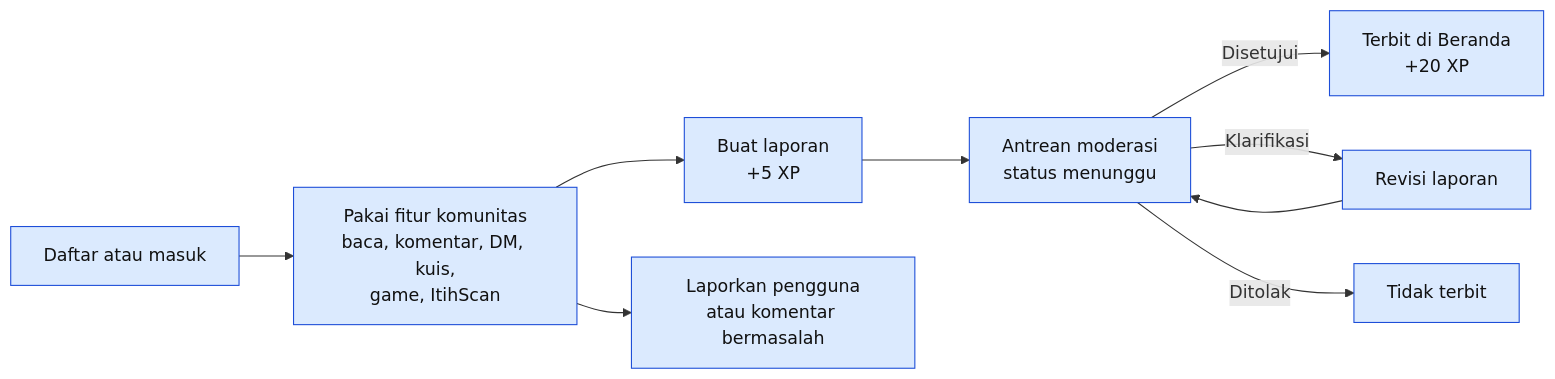
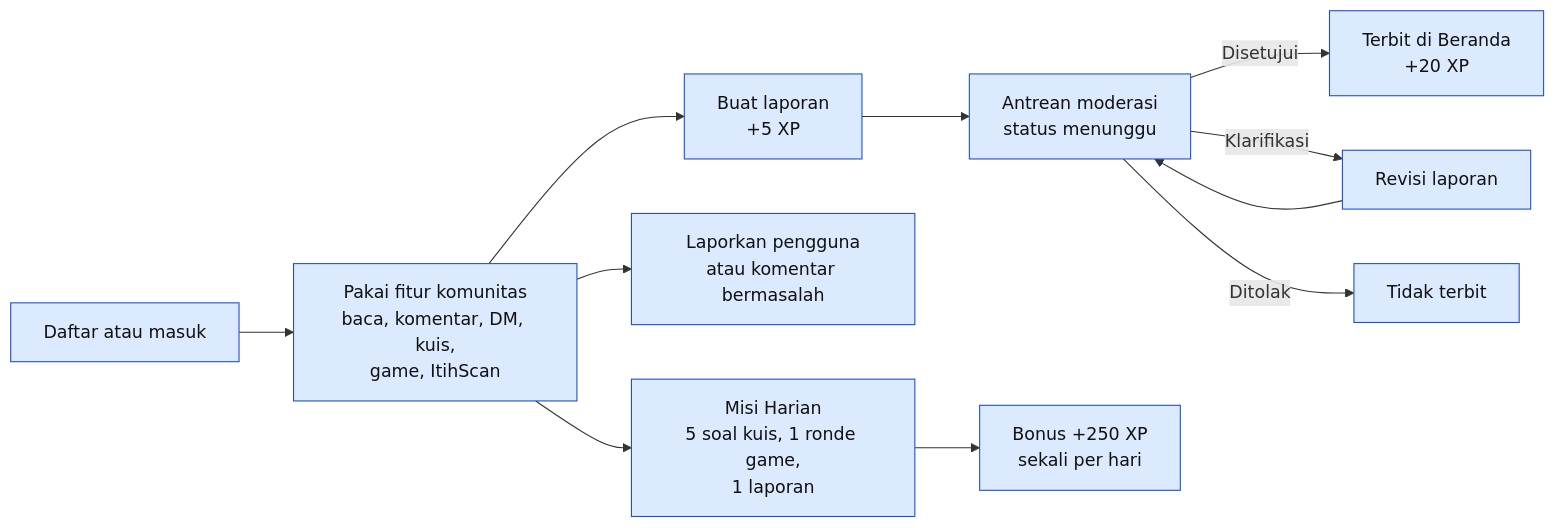
The fourth of 8 diagrams in README.md (ZaidAlHibb/ITIHIX), drawn with Mermaid before and after one commit. The commit also changed other lines of this file, not shown here.

````diff
--- a/README.md
+++ b/README.md
@@ -321,13 +369,15 @@
 ```mermaid
 flowchart LR
     A[Daftar atau masuk] --> B[Pakai fitur komunitas<br/>baca, komentar, DM, kuis,<br/>game, ItihScan]
     B --> C[Buat laporan<br/>+5 XP]
     C --> D[Antrean moderasi<br/>status menunggu]
     D -->|Disetujui| E[Terbit di Beranda<br/>+20 XP]
     D -->|Klarifikasi| F[Revisi laporan]
     F --> D
     D -->|Ditolak| G[Tidak terbit]
     B --> H[Laporkan pengguna<br/>atau komentar bermasalah]
+    B --> M[Misi Harian<br/>5 soal kuis, 1 ronde game,<br/>1 laporan]
+    M --> N[Bonus +250 XP<br/>sekali per hari]
     classDef user fill:#dbeafe,stroke:#1d4ed8,color:#111111
-    class A,B,C,D,E,F,G,H user
+    class A,B,C,D,E,F,G,H,M,N user
 ```
````
